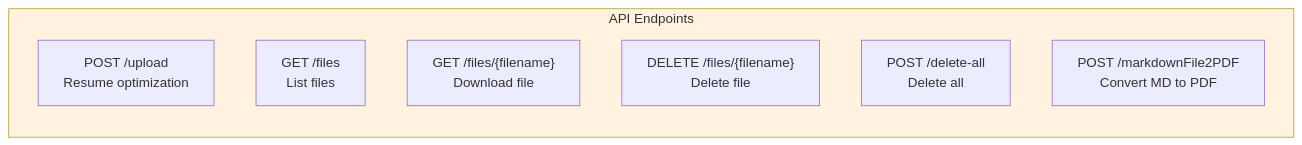
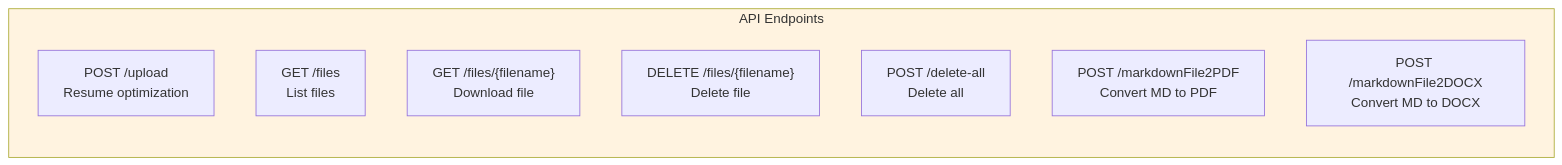
The ninth of 11 diagrams in docs/Architecture.md (pbaletkeman/java-resumes), drawn with Mermaid before and after one commit. The commit also changed other lines of this file and 36 other files, not shown here.

Commit message:
Add build scripts for frontend and backend, implement Markdown to DOCX conversion, and create release management scripts (#3)

````diff
--- a/docs/Architecture.md
+++ b/docs/Architecture.md
@@ -493,13 +495,14 @@
 ```mermaid
 graph LR
     subgraph API["API Endpoints"]
         POST["POST /upload<br/>Resume optimization"]
         GET1["GET /files<br/>List files"]
         GET2["GET /files/{filename}<br/>Download file"]
         DELETE["DELETE /files/{filename}<br/>Delete file"]
         DELALL["POST /delete-all<br/>Delete all"]
         MD2PDF["POST /markdownFile2PDF<br/>Convert MD to PDF"]
+        MD2DOCX["POST /markdownFile2DOCX<br/>Convert MD to DOCX"]
     end
 
     style API fill:#fff3e0
 ```
````
